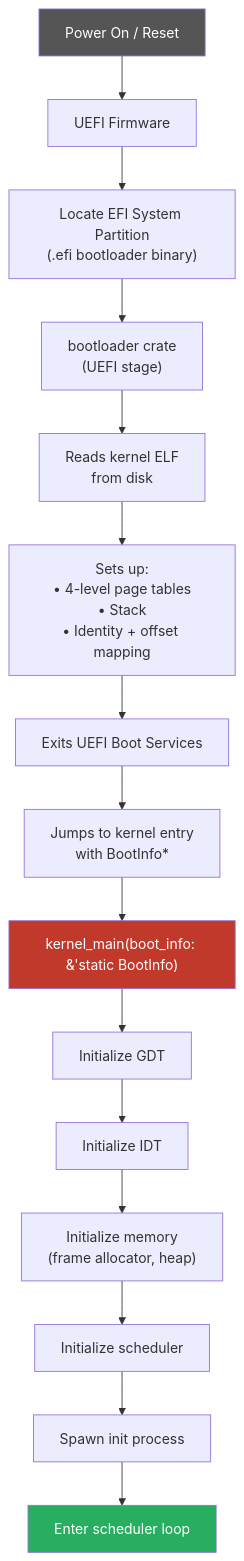
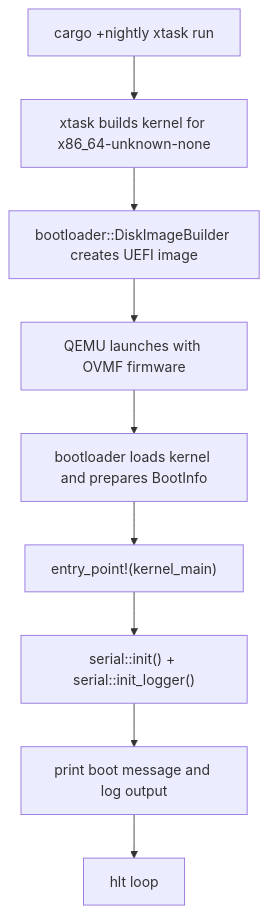
Before and after one commit to mikecubed/m3OS: the first of 2 diagrams in docs/02-boot.md, drawn with Mermaid. The commit also changed other lines of this file and 22 other files, not shown here.

First line of the commit message:
Add learning roadmap docs

````diff
--- a/docs/02-boot.md
+++ b/docs/02-boot.md
@@ -14,21 +34,11 @@
 ```mermaid
 flowchart TD
-    A["Power On / Reset"] --> B["UEFI Firmware"]
-    B --> C["Locate EFI System Partition\n(.efi bootloader binary)"]
-    C --> D["bootloader crate\n(UEFI stage)"]
-    D --> E["Reads kernel ELF\nfrom disk"]
-    E --> F["Sets up:\n• 4-level page tables\n• Stack\n• Identity + offset mapping"]
-    F --> G["Exits UEFI Boot Services"]
-    G --> H["Jumps to kernel entry\nwith BootInfo*"]
-    H --> I["kernel_main(boot_info: &'static BootInfo)"]
-    I --> J["Initialize GDT"]
-    J --> K["Initialize IDT"]
-    K --> L["Initialize memory\n(frame allocator, heap)"]
-    L --> M["Initialize scheduler"]
-    M --> N["Spawn init process"]
-    N --> O["Enter scheduler loop"]
-
-    style A fill:#555,color:#fff
-    style I fill:#c0392b,color:#fff
-    style O fill:#27ae60,color:#fff
+    A["cargo +nightly xtask run"] --> B["xtask builds kernel for x86_64-unknown-none"]
+    B --> C["bootloader::DiskImageBuilder creates UEFI image"]
+    C --> D["QEMU launches with OVMF firmware"]
+    D --> E["bootloader loads kernel and prepares BootInfo"]
+    E --> F["entry_point!(kernel_main)"]
+    F --> G["serial::init() + serial::init_logger()"]
+    G --> H["print boot message and log output"]
+    H --> I["hlt loop"]
 ```
````
